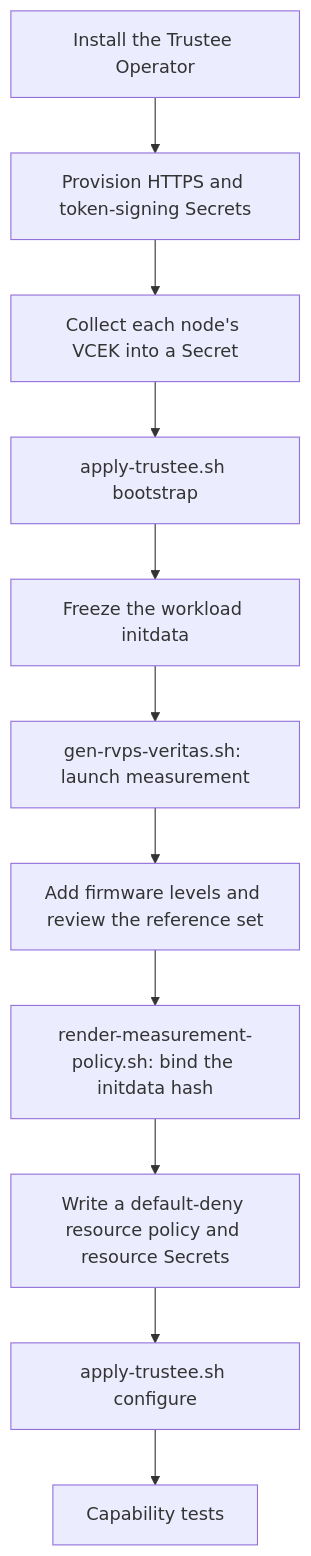
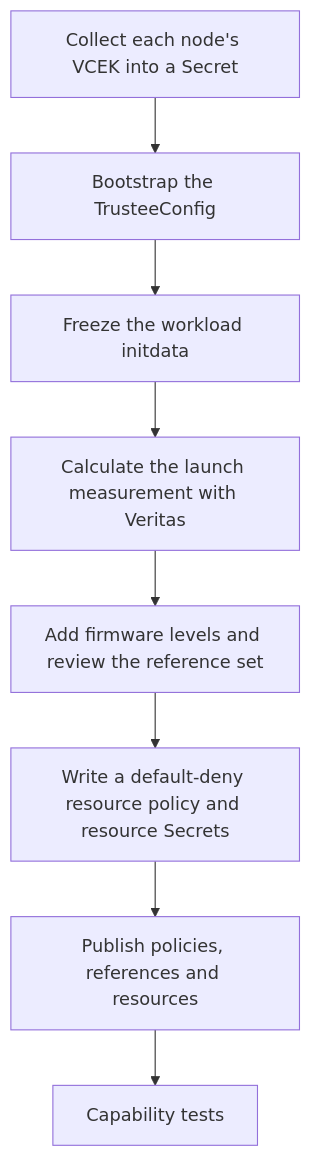
The diagram in docs/trustee.md (shpwrck/openshift-confidential-containers), drawn with Mermaid before and after one commit. The commit also changed other lines of this file and 16 other files, not shown here.

````diff
--- a/docs/trustee.md
+++ b/docs/trustee.md
@@ -19,13 +13,10 @@
 ```mermaid
 flowchart TD
-  Op[Install the Trustee Operator] --> TLS[Provision HTTPS and token-signing Secrets]
-  TLS --> VCEK[Collect each node's VCEK into a Secret]
-  VCEK --> Boot[apply-trustee.sh bootstrap]
+  VCEK[Collect each node's VCEK into a Secret] --> Boot[Bootstrap the TrusteeConfig]
   Boot --> Init[Freeze the workload initdata]
-  Init --> Refs[gen-rvps-veritas.sh: launch measurement]
+  Init --> Refs[Calculate the launch measurement with Veritas]
   Refs --> TCB[Add firmware levels and review the reference set]
-  TCB --> CPU[render-measurement-policy.sh: bind the initdata hash]
-  CPU --> Res[Write a default-deny resource policy and resource Secrets]
-  Res --> Conf[apply-trustee.sh configure]
+  TCB --> Res[Write a default-deny resource policy and resource Secrets]
+  Res --> Conf[Publish policies, references and resources]
   Conf --> Tests[Capability tests]
 ```
````
